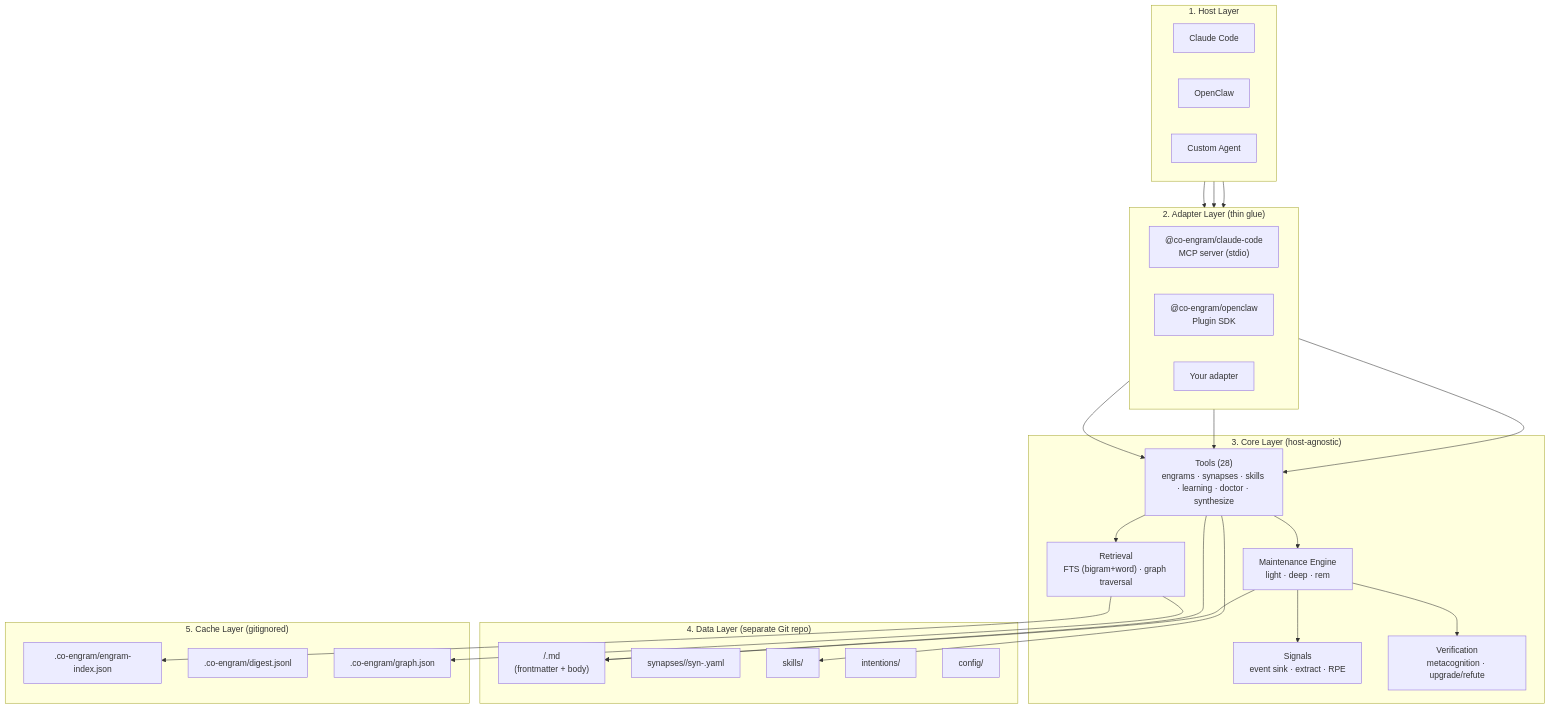
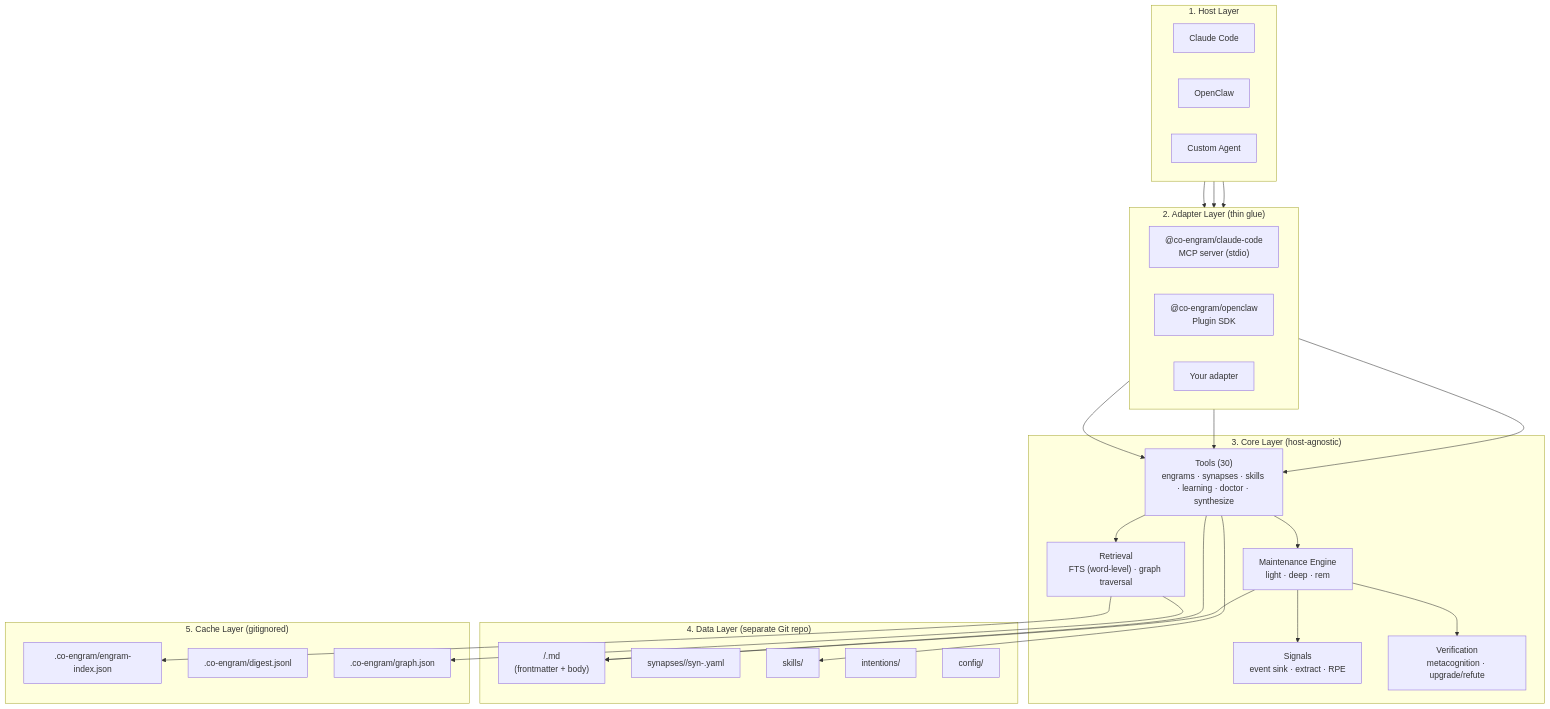
Before and after one commit to Co-Engram/Co-Engram: the diagram in docs/architecture.md, drawn with Mermaid. The commit also changed other lines of this file and 33 other files, not shown here.

````diff
--- a/docs/architecture.md
+++ b/docs/architecture.md
@@ -7,54 +7,54 @@
 ```mermaid
 flowchart TB
   subgraph L1["1. Host Layer"]
     direction LR
     CC["Claude Code"]
     OC["OpenClaw"]
     Custom["Custom Agent"]
   end
 
   subgraph L2["2. Adapter Layer (thin glue)"]
     direction LR
     A1["@co-engram/claude-code<br/>MCP server (stdio)"]
     A2["@co-engram/openclaw<br/>Plugin SDK"]
     A3["Your adapter"]
   end
 
   subgraph L3["3. Core Layer (host-agnostic)"]
-    Tools["Tools (28)<br/>engrams · synapses · skills · learning · doctor · synthesize"]
-    Retrieval["Retrieval<br/>FTS (bigram+word) · graph traversal"]
+    Tools["Tools (30)<br/>engrams · synapses · skills · learning · doctor · synthesize"]
+    Retrieval["Retrieval<br/>FTS (word-level) · graph traversal"]
     Engine["Maintenance Engine<br/>light · deep · rem"]
     Signals["Signals<br/>event sink · extract · RPE"]
     Verify["Verification<br/>metacognition · upgrade/refute"]
   end
 
   subgraph L4["4. Data Layer (separate Git repo)"]
     Engrams["<domainTags>/<slug>.md<br/>(frontmatter + body)"]
     Synapses["synapses/<kind>/syn-<hash>.yaml"]
     Skills["skills/"]
     Intentions["intentions/"]
     Config["config/"]
   end
 
   subgraph L5["5. Cache Layer (gitignored)"]
     FTS[".co-engram/engram-index.json"]
     Vectors[".co-engram/digest.jsonl"]
     Graph[".co-engram/graph.json"]
   end
 
   CC --> A1
   OC --> A2
   Custom --> A3
   A1 --> Tools
   A2 --> Tools
   A3 --> Tools
   Tools --> Retrieval
   Tools --> Engine
   Engine --> Signals
   Engine --> Verify
   Retrieval --> FTS
   Retrieval --> Graph
   Tools --> Engrams
   Tools --> Skills
   Engine --> Engrams
 ```
````
